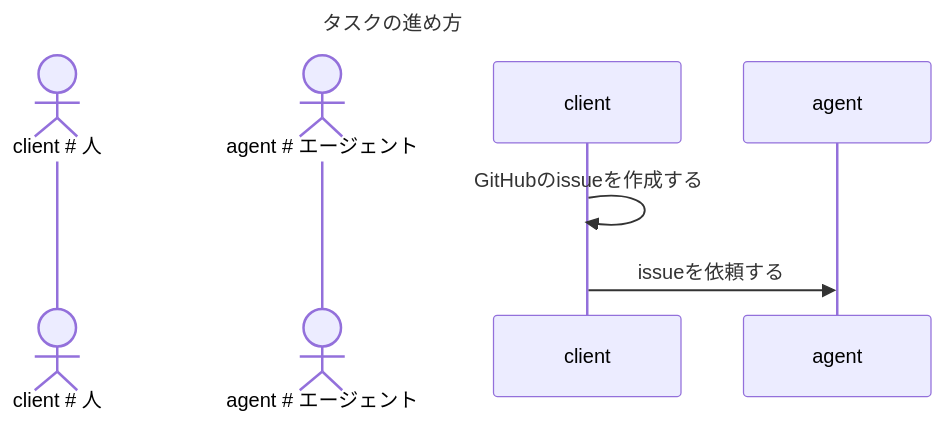
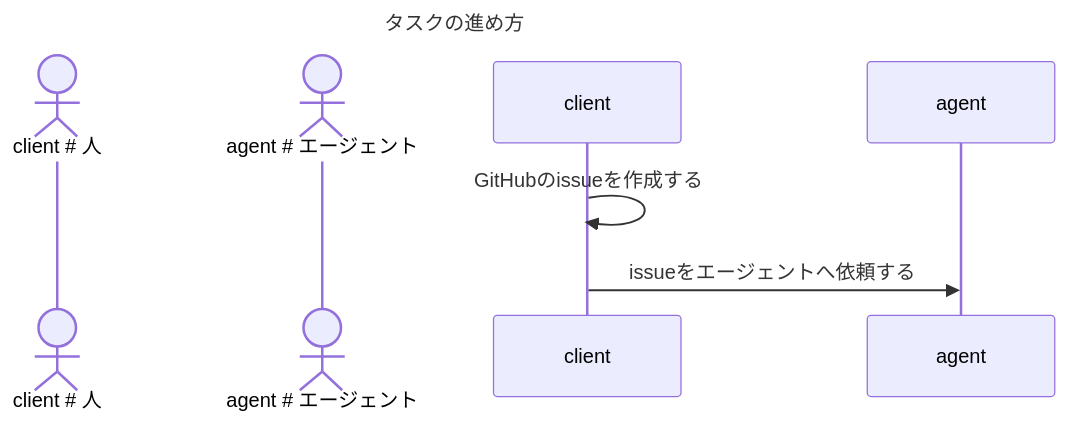
The diagram in TASKS.md (suzuito/playground2-go), drawn with Mermaid before and after one commit. The commit also changed other lines of this file, not shown here.

````diff
--- a/TASKS.md
+++ b/TASKS.md
@@ -8,11 +8,11 @@
 ```mermaid
 ---
 title: タスクの進め方
 ---
 sequenceDiagram
  actor client # 人
  actor agent # エージェント
 
  client->>client: GitHubのissueを作成する
- client->>agent: issueを依頼する
+ client->>agent: issueをエージェントへ依頼する
 ```
````
